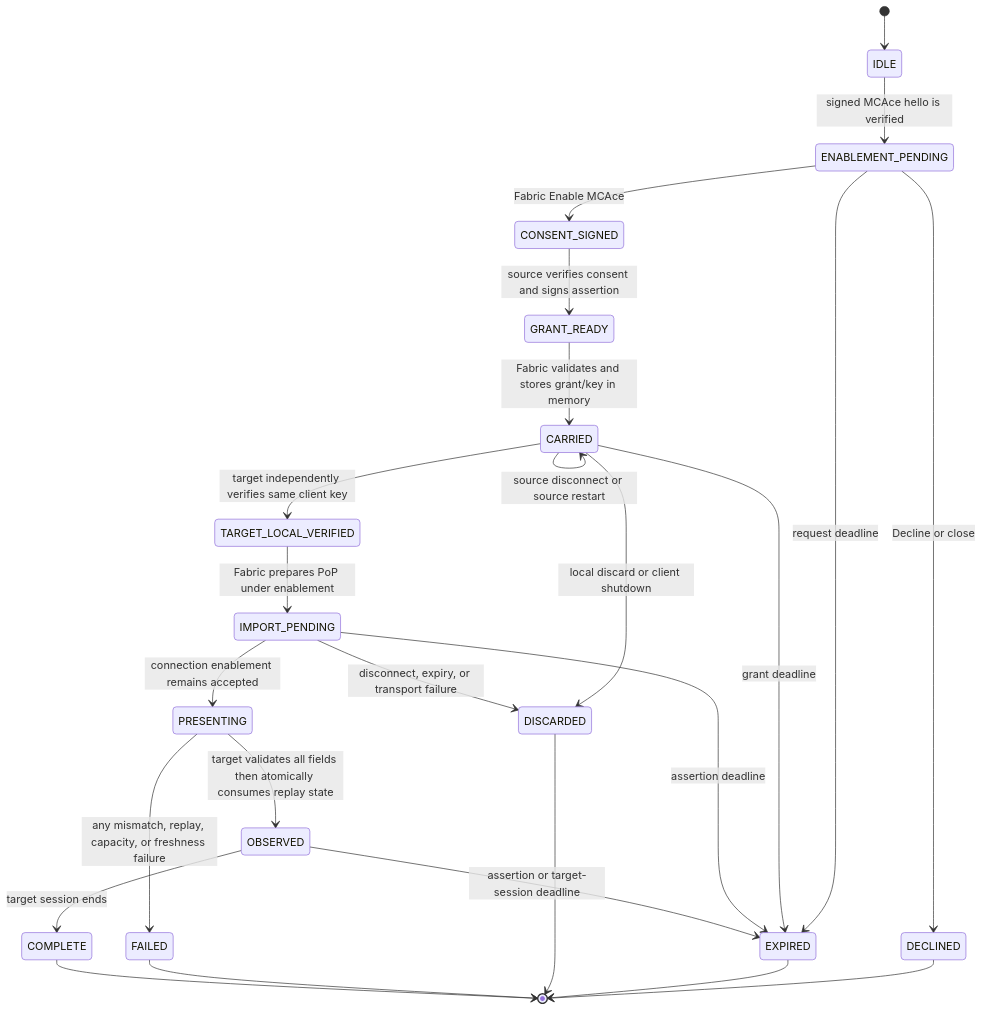
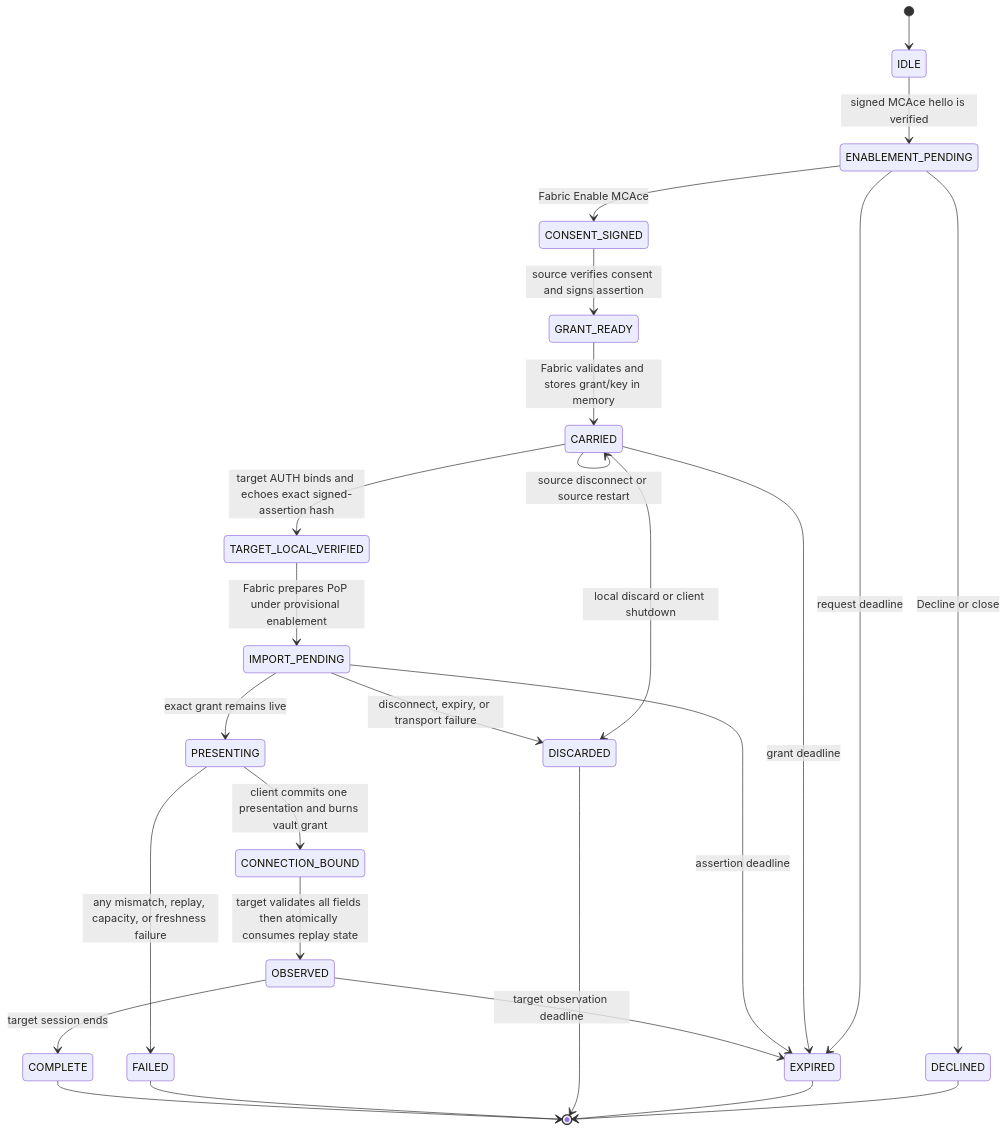
The diagram in docs/FEDERATION.md (TypeThe0ry/MCAce), drawn with Mermaid before and after one commit. The commit also changed other lines of this file and 203 other files, not shown here.

````diff
--- a/docs/FEDERATION.md
+++ b/docs/FEDERATION.md
@@ -188,27 +250,28 @@
 ```mermaid
 stateDiagram-v2
     [*] --> IDLE
     IDLE --> ENABLEMENT_PENDING: signed MCAce hello is verified
     ENABLEMENT_PENDING --> DECLINED: Decline or close
     ENABLEMENT_PENDING --> EXPIRED: request deadline
     ENABLEMENT_PENDING --> CONSENT_SIGNED: Fabric Enable MCAce
     CONSENT_SIGNED --> GRANT_READY: source verifies consent and signs assertion
     GRANT_READY --> CARRIED: Fabric validates and stores grant/key in memory
     CARRIED --> CARRIED: source disconnect or source restart
     CARRIED --> EXPIRED: grant deadline
     CARRIED --> DISCARDED: local discard or client shutdown
-    CARRIED --> TARGET_LOCAL_VERIFIED: target independently verifies same client key
-    TARGET_LOCAL_VERIFIED --> IMPORT_PENDING: Fabric prepares PoP under enablement
-    IMPORT_PENDING --> PRESENTING: connection enablement remains accepted
+    CARRIED --> TARGET_LOCAL_VERIFIED: target AUTH binds and echoes exact signed-assertion hash
+    TARGET_LOCAL_VERIFIED --> IMPORT_PENDING: Fabric prepares PoP under provisional enablement
+    IMPORT_PENDING --> PRESENTING: exact grant remains live
     IMPORT_PENDING --> DISCARDED: disconnect, expiry, or transport failure
     IMPORT_PENDING --> EXPIRED: assertion deadline
-    PRESENTING --> OBSERVED: target validates all fields then atomically consumes replay state
+    PRESENTING --> CONNECTION_BOUND: client commits one presentation and burns vault grant
+    CONNECTION_BOUND --> OBSERVED: target validates all fields then atomically consumes replay state
     PRESENTING --> FAILED: any mismatch, replay, capacity, or freshness failure
-    OBSERVED --> EXPIRED: assertion or target-session deadline
+    OBSERVED --> EXPIRED: target observation deadline
     OBSERVED --> COMPLETE: target session ends
     DECLINED --> [*]
     EXPIRED --> [*]
     DISCARDED --> [*]
     FAILED --> [*]
     COMPLETE --> [*]
 ```
````
